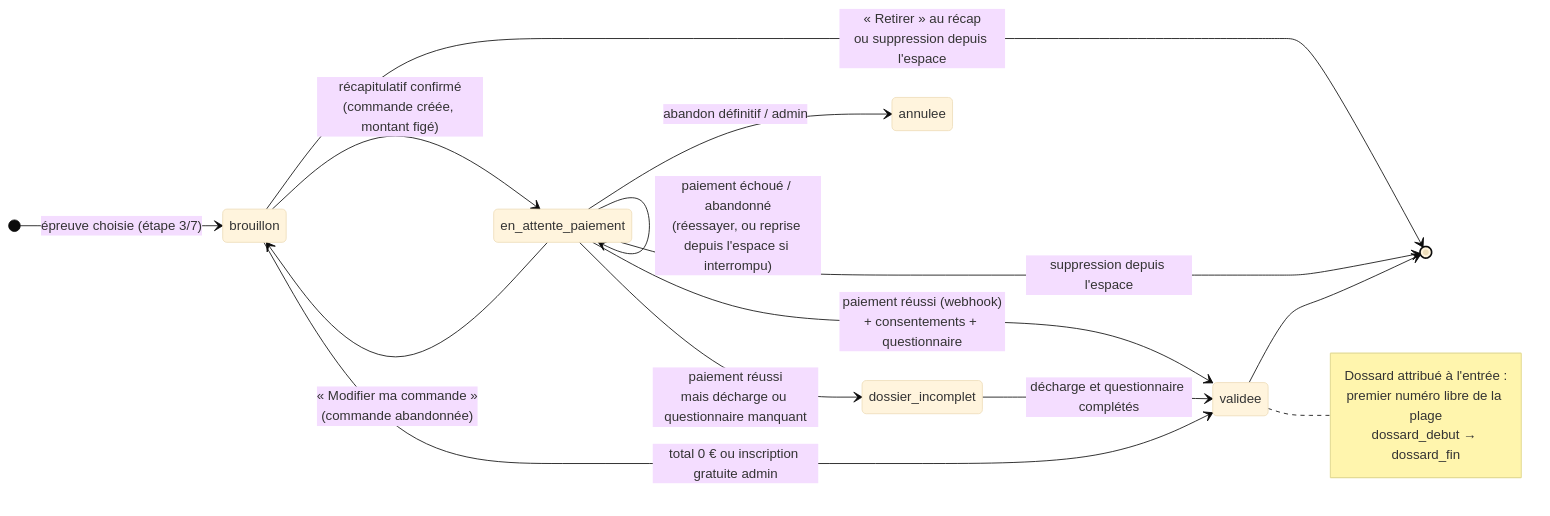
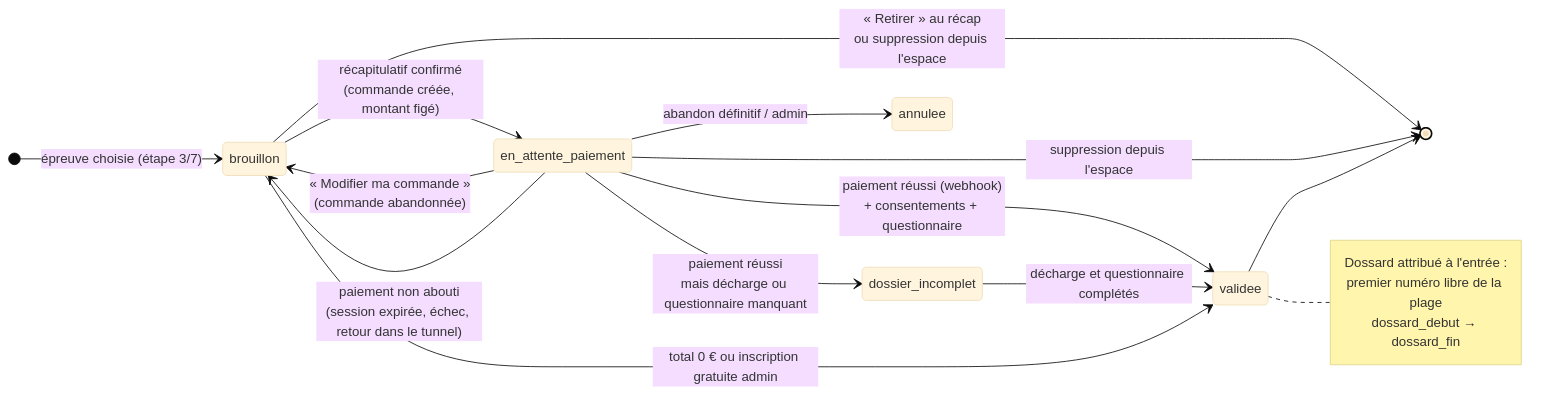
One commit to OanHamon/Run_For_Lorene changed the fifth of 5 diagrams in docs/parcours-utilisateur.md. Above: the diagram before and after it, drawn with Mermaid (base theme). The commit also changed other lines of this file and 23 other files, not shown here.

First line of the commit message:
Inscription d'une traite : un paiement non abouti remet la commande en brouillon

````diff
--- a/docs/parcours-utilisateur.md
+++ b/docs/parcours-utilisateur.md
@@ -229,22 +226,22 @@
 ```mermaid
 stateDiagram-v2
     direction LR
     [*] --> brouillon : épreuve choisie (étape 3/7)
     brouillon --> en_attente_paiement : récapitulatif confirmé<br/>(commande créée, montant figé)
     brouillon --> [*] : « Retirer » au récap<br/>ou suppression depuis l'espace
     en_attente_paiement --> brouillon : « Modifier ma commande »<br/>(commande abandonnée)
-    en_attente_paiement --> en_attente_paiement : paiement échoué / abandonné<br/>(réessayer, ou reprise depuis l'espace si interrompu)
+    en_attente_paiement --> brouillon : paiement non abouti<br/>(session expirée, échec, retour dans le tunnel)
     en_attente_paiement --> validee : paiement réussi (webhook)<br/>+ consentements + questionnaire
     en_attente_paiement --> dossier_incomplet : paiement réussi<br/>mais décharge ou questionnaire manquant
     en_attente_paiement --> annulee : abandon définitif / admin
     en_attente_paiement --> [*] : suppression depuis l'espace
     dossier_incomplet --> validee : décharge et questionnaire complétés
     brouillon --> validee : total 0 € ou inscription gratuite admin
     validee --> [*]
 
     note right of validee
         Dossard attribué à l'entrée :
         premier numéro libre de la plage
         dossard_debut → dossard_fin
     end note
 ```
````
